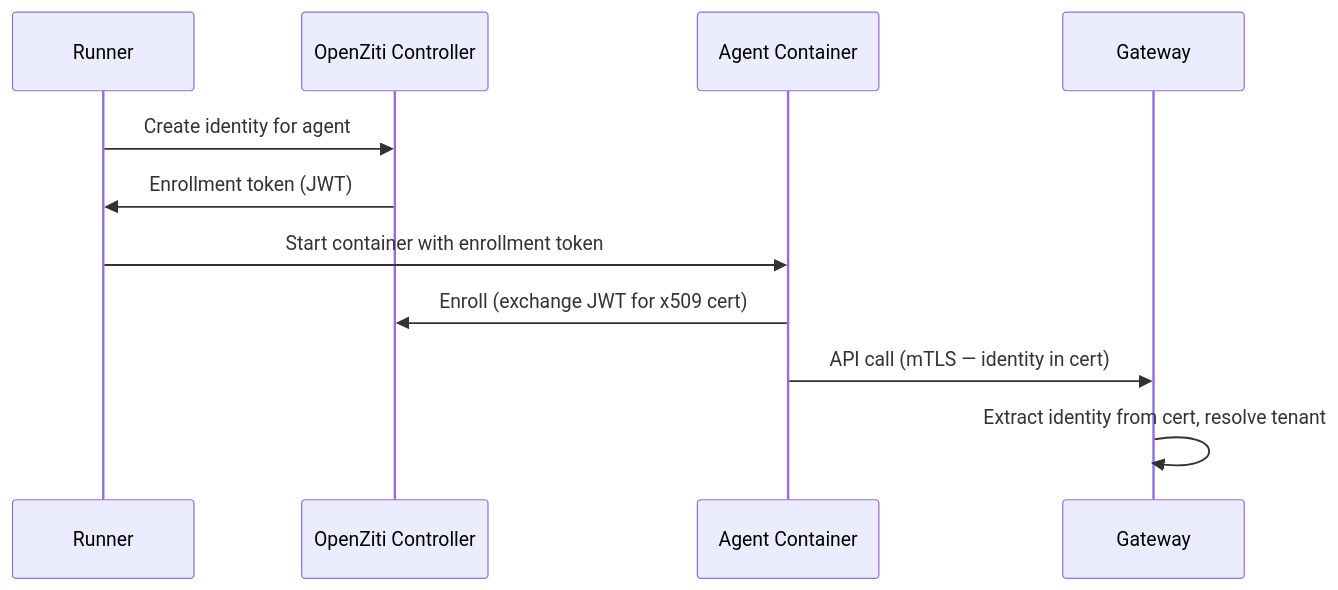
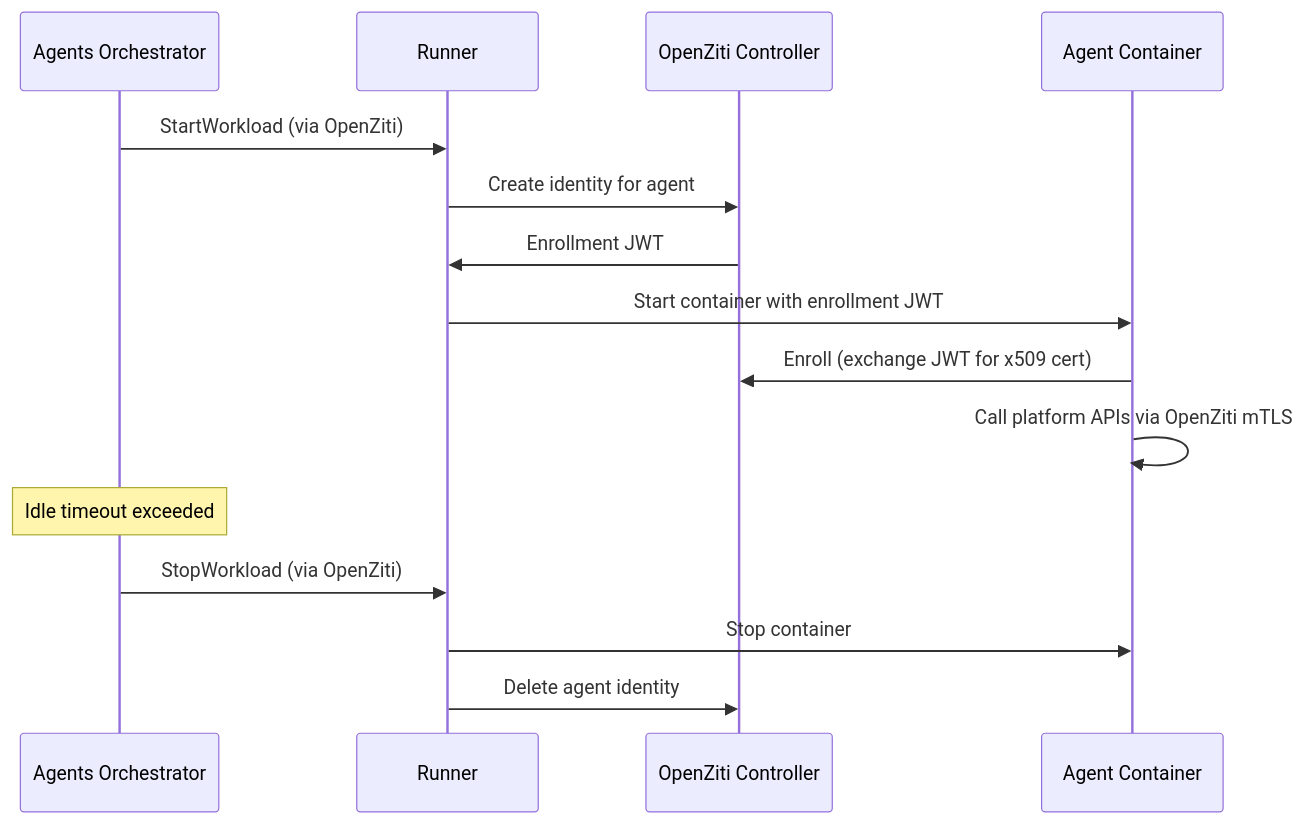
Before and after one commit to agynio/architecture: the third of 4 diagrams in architecture/authn.md, drawn with Mermaid. The commit also changed other lines of this file and 3 other files, not shown here.

````diff
--- a/architecture/authn.md
+++ b/architecture/authn.md
@@ -70,14 +94,19 @@
 ```mermaid
 sequenceDiagram
+    participant O as Agents Orchestrator
     participant R as Runner
     participant ZC as OpenZiti Controller
     participant A as Agent Container
-    participant GW as Gateway
 
+    O->>R: StartWorkload (via OpenZiti)
     R->>ZC: Create identity for agent
-    ZC->>R: Enrollment token (JWT)
-    R->>A: Start container with enrollment token
+    ZC->>R: Enrollment JWT
+    R->>A: Start container with enrollment JWT
     A->>ZC: Enroll (exchange JWT for x509 cert)
-    A->>GW: API call (mTLS — identity in cert)
-    GW->>GW: Extract identity from cert, resolve tenant
+    A->>A: Call platform APIs via OpenZiti mTLS
+
+    Note over O: Idle timeout exceeded
+    O->>R: StopWorkload (via OpenZiti)
+    R->>A: Stop container
+    R->>ZC: Delete agent identity
 ```
````
